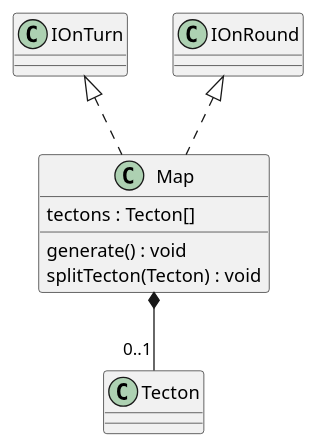
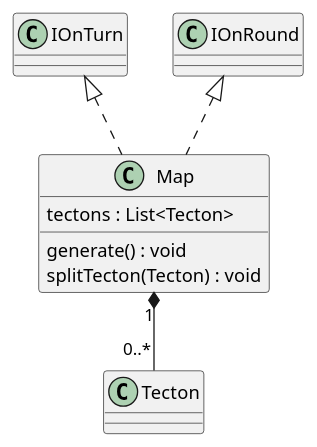
Before and after one commit to Petya-G/fungorium: the diagram in 3/classes/map.puml, drawn with PlantUML. The commit also changed 7 other files, not shown here.

```diff
--- a/3/classes/map.puml
+++ b/3/classes/map.puml
@@ -1,10 +1,10 @@
 @startuml map
 IOnTurn <|.. Map 
 IOnRound <|.. Map
-Map *-- "0..1" Tecton
+Map "1" *-- "0..*" Tecton
 class Map{
-    tectons : Tecton[]
+    tectons : List<Tecton>
     generate() : void
     splitTecton(Tecton) : void
 }
 @enduml
```
